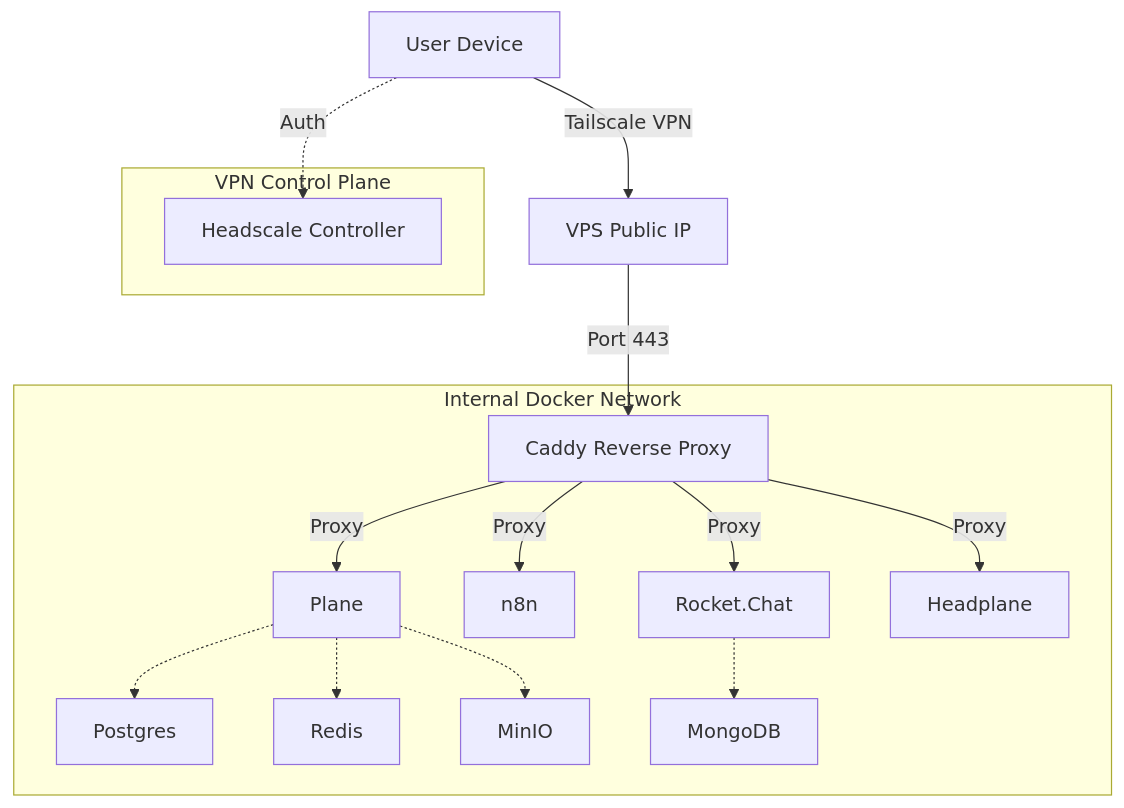
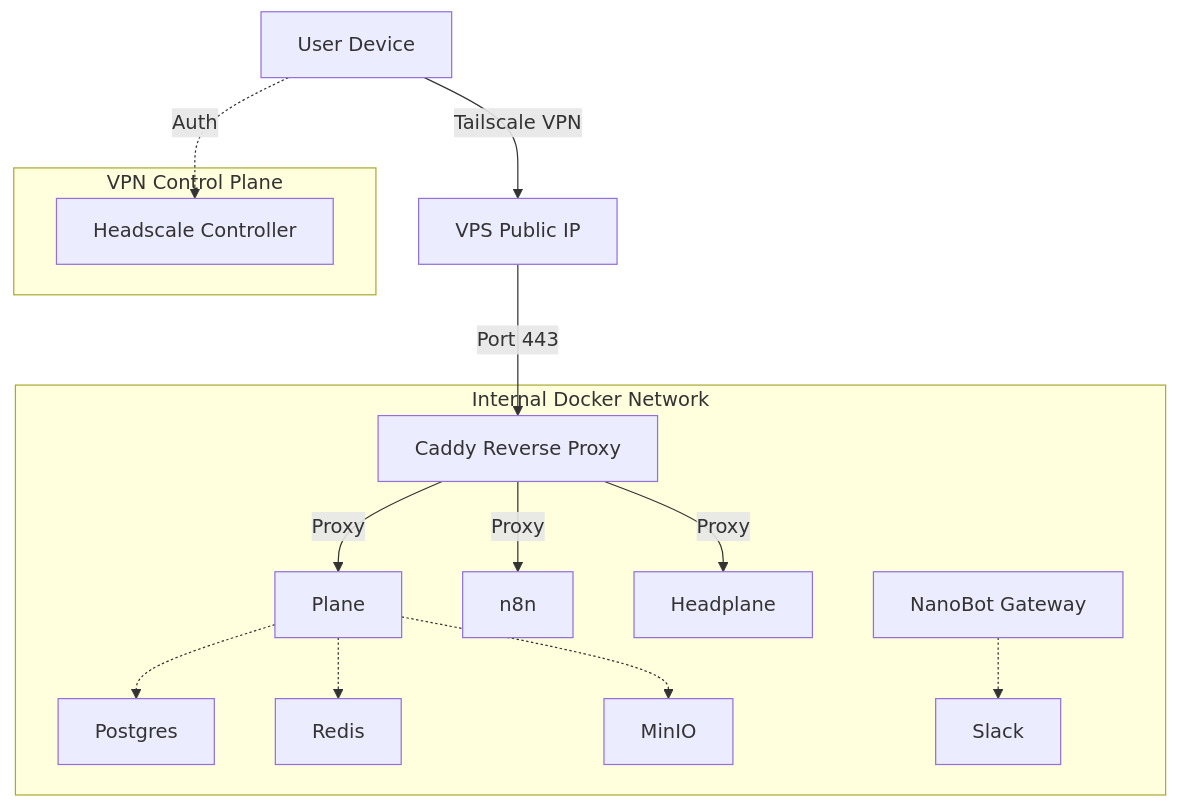
One commit to Celerinc/startupstack changed the diagram in README.md. Above: the diagram before and after it, drawn with Mermaid. The commit also changed other lines of this file and 18 other files, not shown here.

First line of the commit message:
feat(ai): replace Rocket.Chat with NanoBot and automate Codex-ready bootstrap

````diff
--- a/README.md
+++ b/README.md
@@ -38,23 +37,23 @@
 ```mermaid
 graph TD
     User[User Device] -->|Tailscale VPN| VPS[VPS Public IP]
     VPS -->|Port 443| Caddy[Caddy Reverse Proxy]
-    
+
     subgraph "Internal Docker Network"
         Caddy -->|Proxy| Plane
         Caddy -->|Proxy| n8n
-        Caddy -->|Proxy| Chat[Rocket.Chat]
         Caddy -->|Proxy| Headplane
-        
+        NanoBot[NanoBot Gateway]
+
         Plane -.-> Postgres
         Plane -.-> Redis
         Plane -.-> MinIO
-        Chat -.-> Mongo[MongoDB]
+        NanoBot -.-> Slack
     end
-    
+
     subgraph "VPN Control Plane"
         Headscale[Headscale Controller]
     end
-    
+
     User -.->|Auth| Headscale
 ```
````
